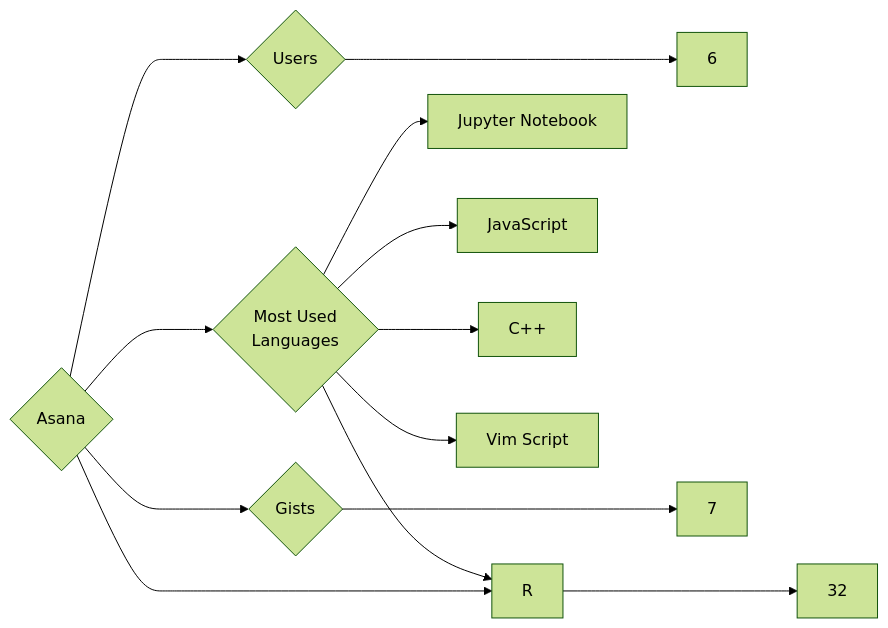
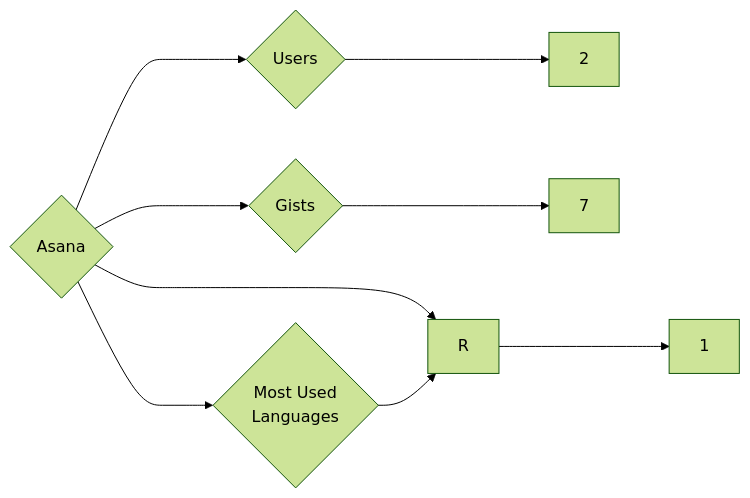
The diagram in targets/Asana/README.md (trickest/insiders), drawn with Mermaid (forest theme) before and after one commit. The commit also changed 1120 other files, not shown here.

````diff
--- a/targets/Asana/README.md
+++ b/targets/Asana/README.md
@@ -3,13 +3,9 @@
 ```mermaid
 graph LR
 COMPANY_NAME{Asana}
-COMPANY_NAME ---> U{Users} ---> UN[6]
-COMPANY_NAME ---> R{Repositories} ---> RN[32]
+COMPANY_NAME ---> U{Users} ---> UN[2]
+COMPANY_NAME ---> R{Repositories} ---> RN[1]
 COMPANY_NAME ---> G{Gists} ---> GN[7]
 COMPANY_NAME ---> ML{Most Used<br>Languages}
-ML --> Jupyter_Notebook[Jupyter Notebook]
-ML --> JavaScript[JavaScript]
-ML --> C++[C++]
-ML --> Vim_Script[Vim Script]
 ML --> R[R]
 ```
````
